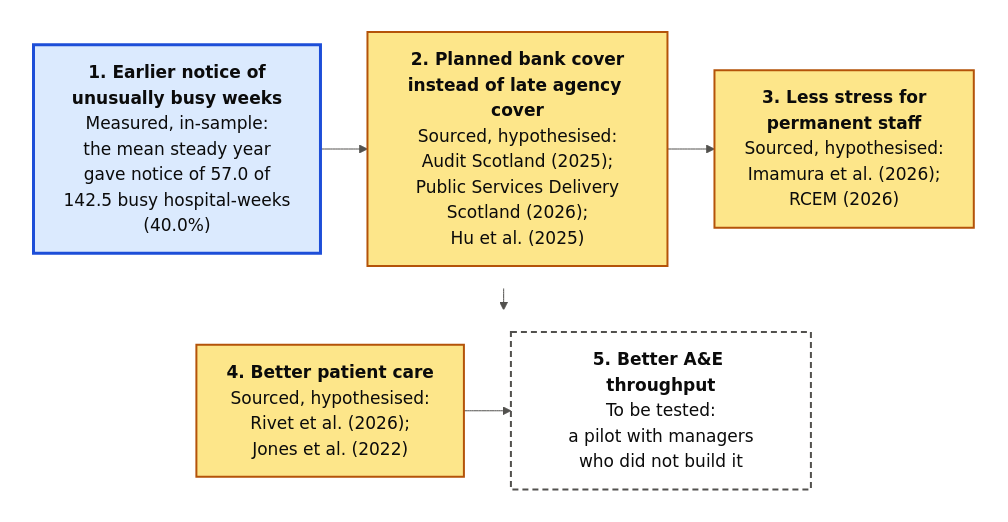
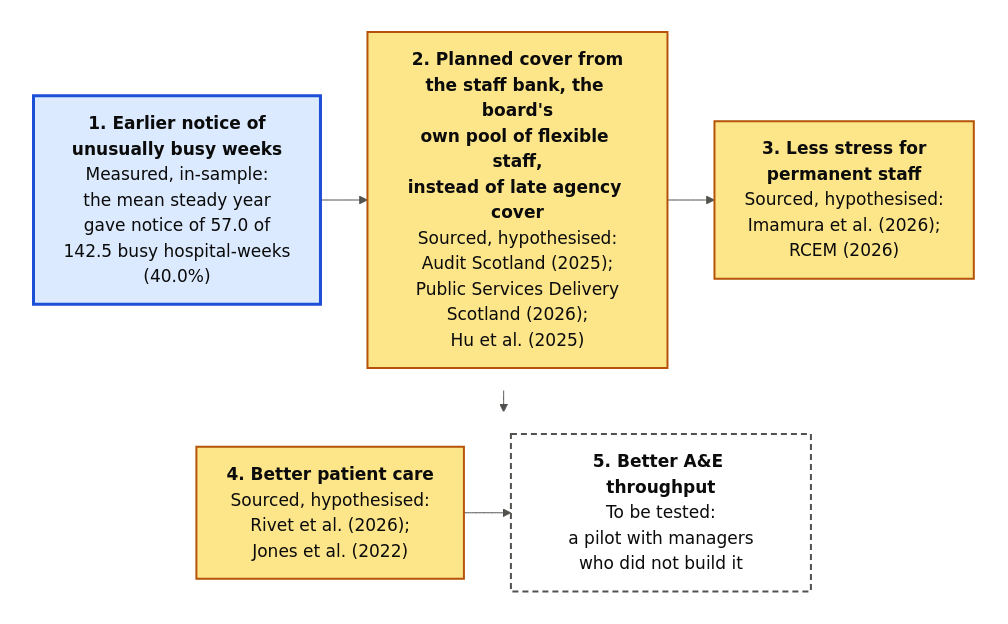
The diagram in diagram/value_chain.mmd (PaddyGilliland1/industry-integrated-ai-system-synthesis-old), drawn with Mermaid before and after one commit. The commit also changed 8 other files, not shown here.

First line of the commit message:
Paper v3 read: Figure 2 names the staff bank, G6 in plain words from the outputs, the reviewers' AI tools not named, template briefs queued in the text

```diff
--- a/diagram/value_chain.mmd
+++ b/diagram/value_chain.mmd
@@ -1,45 +1,45 @@
 ---
 config:
   theme: base
   themeVariables:
     fontSize: 17px
     fontFamily: "DejaVu Sans, Arial, sans-serif"
     primaryTextColor: "#0b0b0b"
     lineColor: "#52514e"
     clusterBkg: "#ffffff"
     clusterBorder: "#ffffff"
   flowchart:
     curve: basis
     htmlLabels: true
     wrappingWidth: 240
     nodeSpacing: 24
     rankSpacing: 22
 ---
 flowchart TB
 %% Figure 2: the value chain. Each link's style is its evidence label from
 %% TERMS.md: measured in-sample, sourced and hypothesised, or to be tested.
 %% Link 1's counts come from the notebook's Figure 6; links 2 to 4 name the
 %% checked sources that support them, none an effect this system has shown.
 %% The links sit on two rows, so that the smallest text prints at 8 pt or more
 %% at a 16 cm column; each row's frame is drawn white, and the arrow between
 %% the rows carries link 3 on to link 4.
   subgraph ROW1[" "]
     direction LR
     L1["<b>1. Earlier notice of<br/>unusually busy weeks</b><br/>Measured, in-sample:<br/>the mean steady year<br/>gave notice of 57.0 of<br/>142.5 busy hospital-weeks<br/>(40.0%)"]
-    L2["<b>2. Planned bank cover<br/>instead of late agency cover</b><br/>Sourced, hypothesised:<br/>Audit Scotland (2025);<br/>Public Services Delivery<br/>Scotland (2026);<br/>Hu et al. (2025)"]
+    L2["<b>2. Planned cover from<br/>the staff bank, the board's<br/>own pool of flexible staff,<br/>instead of late agency cover</b><br/>Sourced, hypothesised:<br/>Audit Scotland (2025);<br/>Public Services Delivery<br/>Scotland (2026);<br/>Hu et al. (2025)"]
     L3["<b>3. Less stress for<br/>permanent staff</b><br/>Sourced, hypothesised:<br/>Imamura et al. (2026);<br/>RCEM (2026)"]
     L1 --> L2 --> L3
   end
   subgraph ROW2[" "]
     direction LR
     L4["<b>4. Better patient care</b><br/>Sourced, hypothesised:<br/>Rivet et al. (2026);<br/>Jones et al. (2022)"]
     L5["<b>5. Better A&amp;E throughput</b><br/>To be tested:<br/>a pilot with managers<br/>who did not build it"]
     L4 --> L5
   end
   ROW1 --> ROW2
   classDef measured fill:#dbeafe,stroke:#1d4ed8,stroke-width:3px
   classDef sourced fill:#fde68a,stroke:#b45309,stroke-width:2px
   classDef tested fill:#ffffff,stroke:#52514e,stroke-width:2px,stroke-dasharray:6 4
   class L1 measured
   class L2,L3,L4 sourced
   class L5 tested
```
